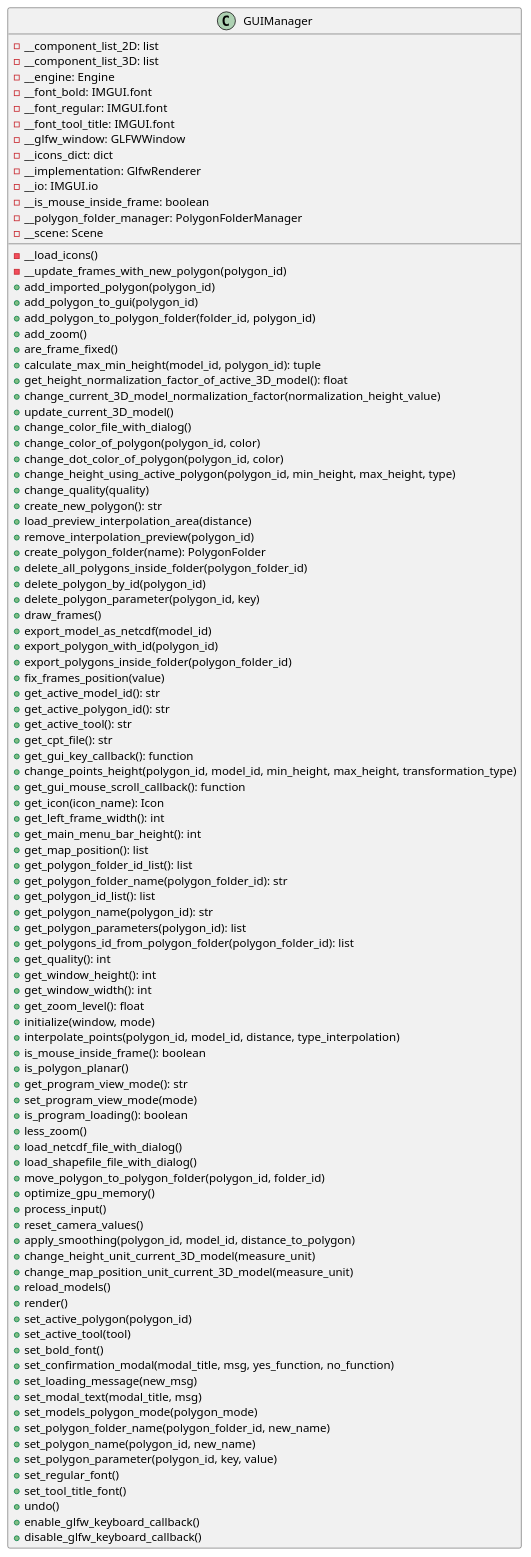
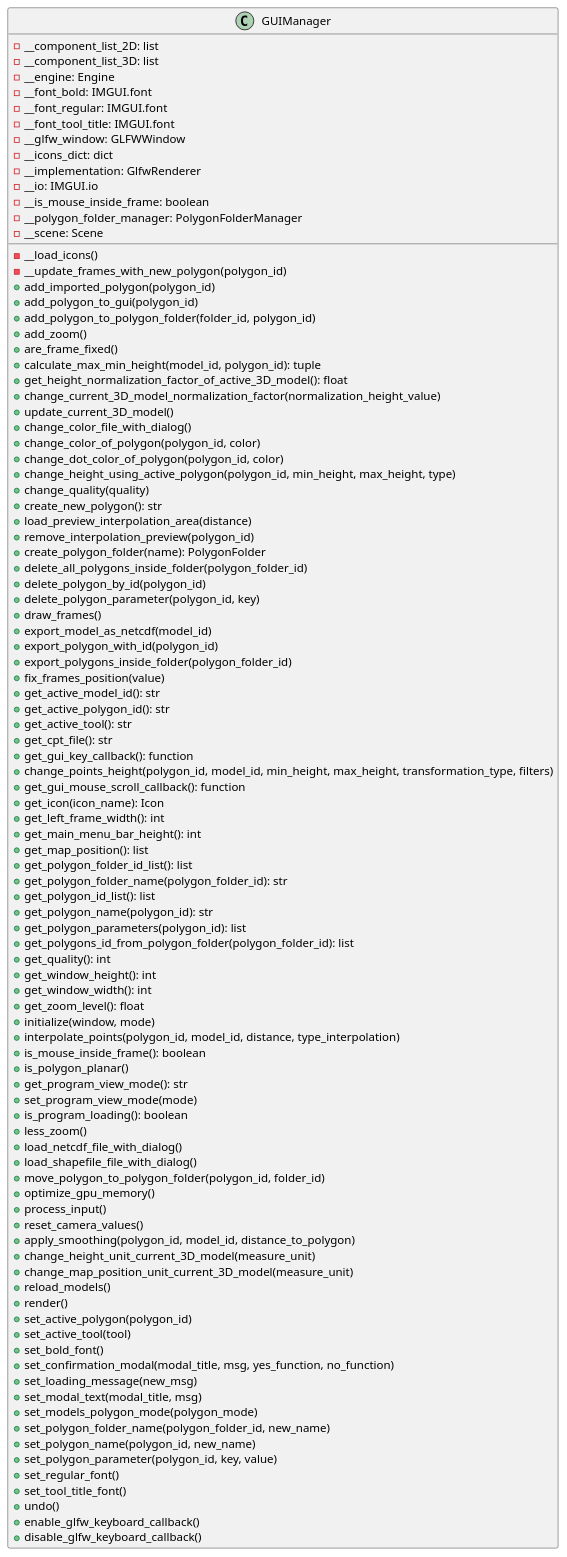
The diagram in docs/classes/GUIManager.puml (ferpoble2/Relief_Creator), drawn with PlantUML before and after one commit. The commit also changed 1 other file, not shown here.

Commit message:
Added filter parameter to the change_points_height method in guimanager.py

```diff
--- a/docs/classes/GUIManager.puml
+++ b/docs/classes/GUIManager.puml
@@ -1,102 +1,102 @@
 @startuml
 'https://plantuml.com/class-diagram
 class GUIManager{
     - __component_list_2D: list
     - __component_list_3D: list
     - __engine: Engine
     - __font_bold: IMGUI.font
     - __font_regular: IMGUI.font
     - __font_tool_title: IMGUI.font
     - __glfw_window: GLFWWindow
     - __icons_dict: dict
     - __implementation: GlfwRenderer
     - __io: IMGUI.io
     - __is_mouse_inside_frame: boolean
     - __polygon_folder_manager: PolygonFolderManager
     - __scene: Scene
 
     - __load_icons()
     - __update_frames_with_new_polygon(polygon_id)
     + add_imported_polygon(polygon_id)
     + add_polygon_to_gui(polygon_id)
     + add_polygon_to_polygon_folder(folder_id, polygon_id)
     + add_zoom()
     + are_frame_fixed()
     + calculate_max_min_height(model_id, polygon_id): tuple
     + get_height_normalization_factor_of_active_3D_model(): float
     + change_current_3D_model_normalization_factor(normalization_height_value)
     + update_current_3D_model()
     + change_color_file_with_dialog()
     + change_color_of_polygon(polygon_id, color)
     + change_dot_color_of_polygon(polygon_id, color)
     + change_height_using_active_polygon(polygon_id, min_height, max_height, type)
     + change_quality(quality)
     + create_new_polygon(): str
     + load_preview_interpolation_area(distance)
     + remove_interpolation_preview(polygon_id)
     + create_polygon_folder(name): PolygonFolder
     + delete_all_polygons_inside_folder(polygon_folder_id)
     + delete_polygon_by_id(polygon_id)
     + delete_polygon_parameter(polygon_id, key)
     + draw_frames()
     + export_model_as_netcdf(model_id)
     + export_polygon_with_id(polygon_id)
     + export_polygons_inside_folder(polygon_folder_id)
     + fix_frames_position(value)
     + get_active_model_id(): str
     + get_active_polygon_id(): str
     + get_active_tool(): str
     + get_cpt_file(): str
     + get_gui_key_callback(): function
-    + change_points_height(polygon_id, model_id, min_height, max_height, transformation_type)
+    + change_points_height(polygon_id, model_id, min_height, max_height, transformation_type, filters)
     + get_gui_mouse_scroll_callback(): function
     + get_icon(icon_name): Icon
     + get_left_frame_width(): int
     + get_main_menu_bar_height(): int
     + get_map_position(): list
     + get_polygon_folder_id_list(): list
     + get_polygon_folder_name(polygon_folder_id): str
     + get_polygon_id_list(): list
     + get_polygon_name(polygon_id): str
     + get_polygon_parameters(polygon_id): list
     + get_polygons_id_from_polygon_folder(polygon_folder_id): list
     + get_quality(): int
     + get_window_height(): int
     + get_window_width(): int
     + get_zoom_level(): float
     + initialize(window, mode)
     + interpolate_points(polygon_id, model_id, distance, type_interpolation)
     + is_mouse_inside_frame(): boolean
     + is_polygon_planar()
     + get_program_view_mode(): str
     + set_program_view_mode(mode)
     + is_program_loading(): boolean
     + less_zoom()
     + load_netcdf_file_with_dialog()
     + load_shapefile_file_with_dialog()
     + move_polygon_to_polygon_folder(polygon_id, folder_id)
     + optimize_gpu_memory()
     + process_input()
     + reset_camera_values()
     + apply_smoothing(polygon_id, model_id, distance_to_polygon)
     + change_height_unit_current_3D_model(measure_unit)
     + change_map_position_unit_current_3D_model(measure_unit)
     + reload_models()
     + render()
     + set_active_polygon(polygon_id)
     + set_active_tool(tool)
     + set_bold_font()
     + set_confirmation_modal(modal_title, msg, yes_function, no_function)
     + set_loading_message(new_msg)
     + set_modal_text(modal_title, msg)
     + set_models_polygon_mode(polygon_mode)
     + set_polygon_folder_name(polygon_folder_id, new_name)
     + set_polygon_name(polygon_id, new_name)
     + set_polygon_parameter(polygon_id, key, value)
     + set_regular_font()
     + set_tool_title_font()
     + undo()
     + enable_glfw_keyboard_callback()
     + disable_glfw_keyboard_callback()
 }
 @enduml
```
